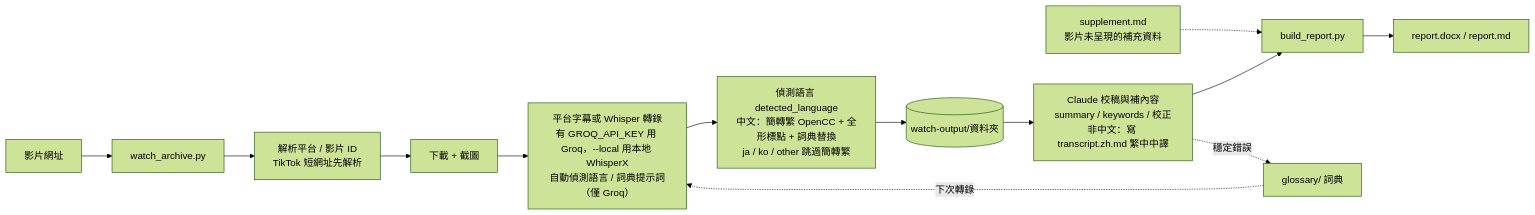
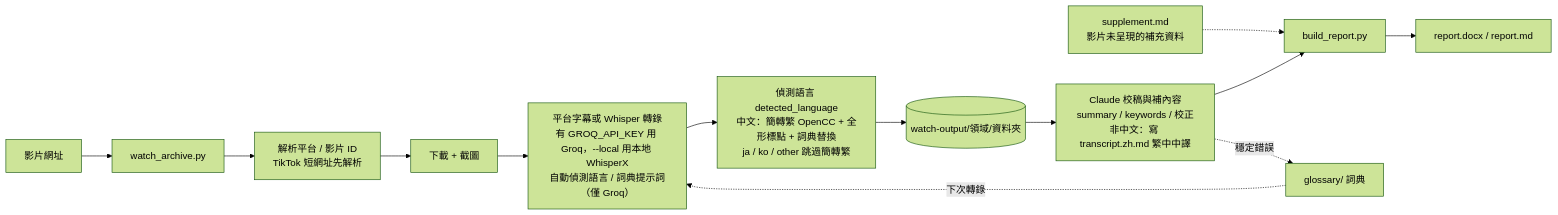
The diagram in README.md (smlht2005/watch-video), drawn with Mermaid (forest theme) before and after one commit. The commit also changed 2 other files, not shown here.

Commit message:
重畫流程圖：加入領域資料夾與 --category
Claude-Session: https://claude.ai/code/session_01L64g9APcu4JhruyafgYU1h

````diff
--- a/README.md
+++ b/README.md
@@ -36,15 +36,15 @@
 ```mermaid
 flowchart LR
     A[影片網址] --> B[watch_archive.py]
     B --> B1[解析平台 / 影片 ID<br/>TikTok 短網址先解析]
     B1 --> B2[下載 + 截圖]
     B2 --> B3[平台字幕或 Whisper 轉錄<br/>有 GROQ_API_KEY 用 Groq，--local 用本地 WhisperX<br/>自動偵測語言 / 詞典提示詞（僅 Groq）]
     B3 --> B4[偵測語言 detected_language<br/>中文：簡轉繁 OpenCC + 全形標點 + 詞典替換<br/>ja / ko / other 跳過簡轉繁]
-    B4 --> C[(watch-output/資料夾)]
+    B4 --> C[(watch-output/領域/資料夾)]
     C --> D[Claude 校稿與補內容<br/>summary / keywords / 校正<br/>非中文：寫 transcript.zh.md 繁中中譯]
     S[supplement.md<br/>影片未呈現的補充資料] -.-> E
     D --> E[build_report.py]
     E --> F[report.docx / report.md]
     D -. 穩定錯誤 .-> G[glossary/ 詞典]
     G -. 下次轉錄 .-> B3
 ```
````
